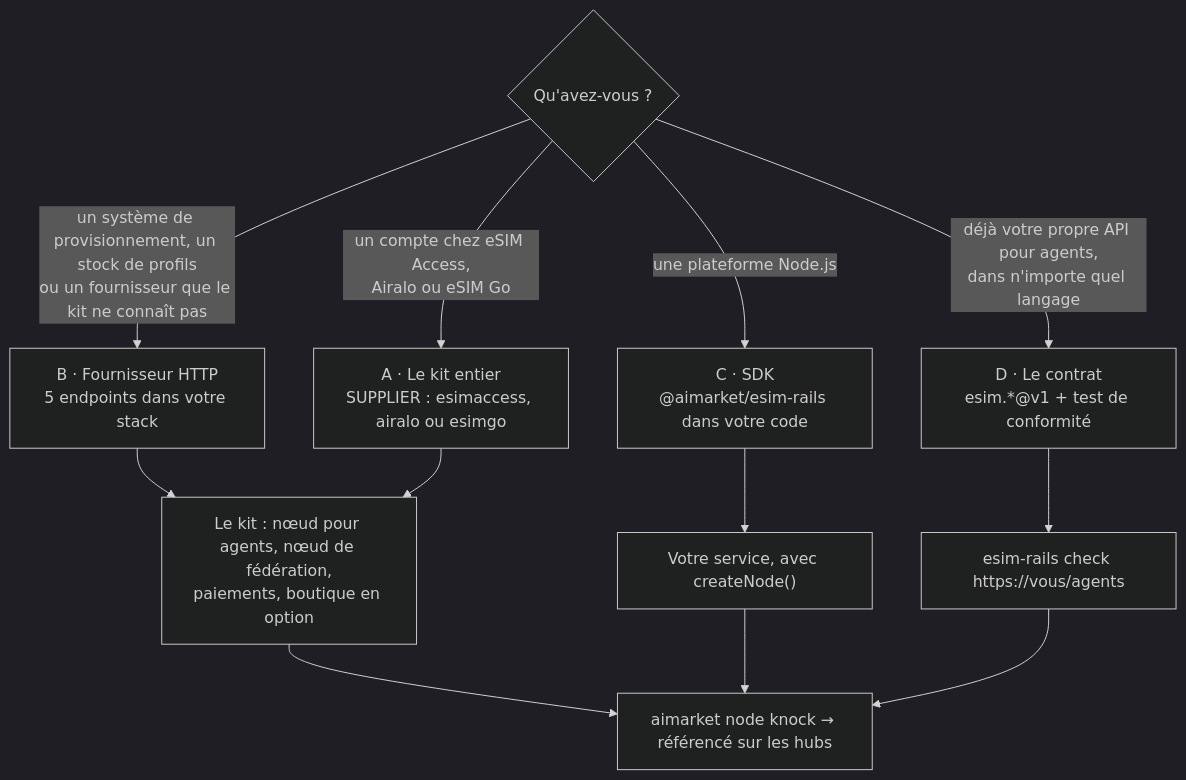
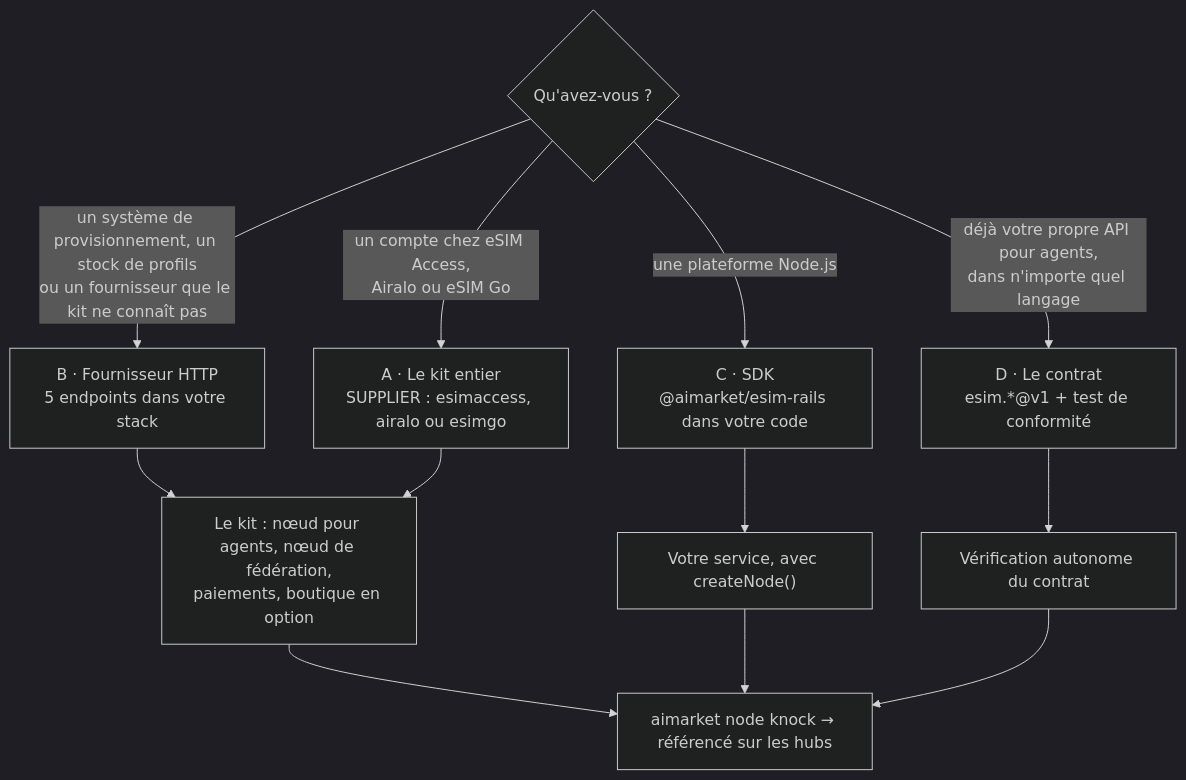
Before and after one commit to alexar76/esim-operator-kit: the third of 3 diagrams in README.fr.md, drawn with Mermaid (dark theme). The commit also changed other lines of this file and 13 other files, not shown here.

````diff
--- a/README.fr.md
+++ b/README.fr.md
@@ -145,15 +145,15 @@
 ```mermaid
 flowchart TB
   Q{"Qu'avez-vous ?"}
   Q -->|"un compte chez eSIM Access,<br/>Airalo ou eSIM Go"| A2["A · Le kit entier<br/>SUPPLIER : esimaccess, airalo ou esimgo"]
   Q -->|"un système de provisionnement, un stock de profils<br/>ou un fournisseur que le kit ne connaît pas"| B["B · Fournisseur HTTP<br/>5 endpoints dans votre stack"]
   Q -->|"une plateforme Node.js"| C["C · SDK<br/>@aimarket/esim-rails dans votre code"]
   Q -->|"déjà votre propre API pour agents,<br/>dans n'importe quel langage"| D["D · Le contrat<br/>esim.*@v1 + test de conformité"]
   B --> R["Le kit : nœud pour agents, nœud de fédération,<br/>paiements, boutique en option"]
   C --> R2["Votre service, avec createNode()"]
-  D --> R3["esim-rails check https://vous/agents"]
+  D --> R3["Vérification autonome du contrat"]
   A2 --> R
   R --> F["aimarket node knock → référencé sur les hubs"]
   R2 --> F
   R3 --> F
 ```
````
